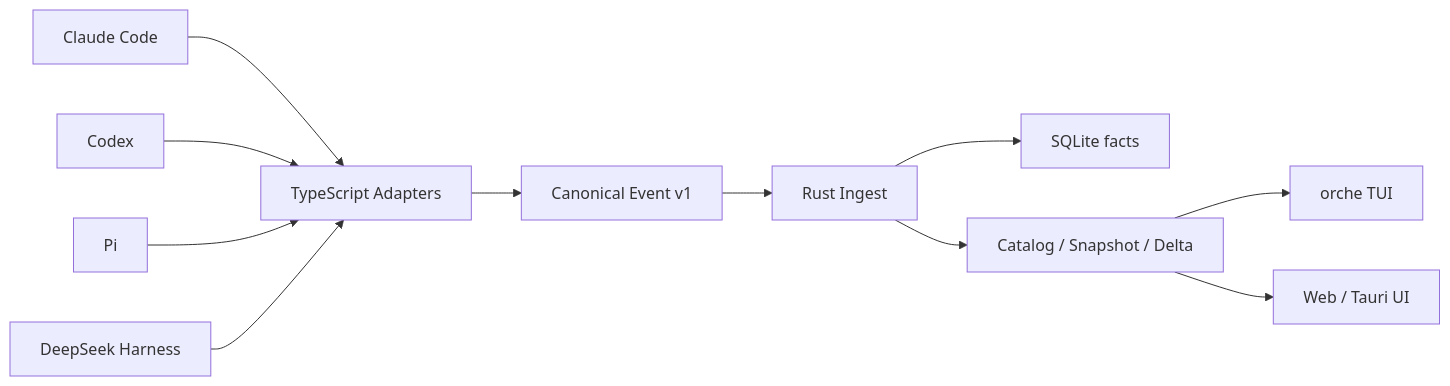
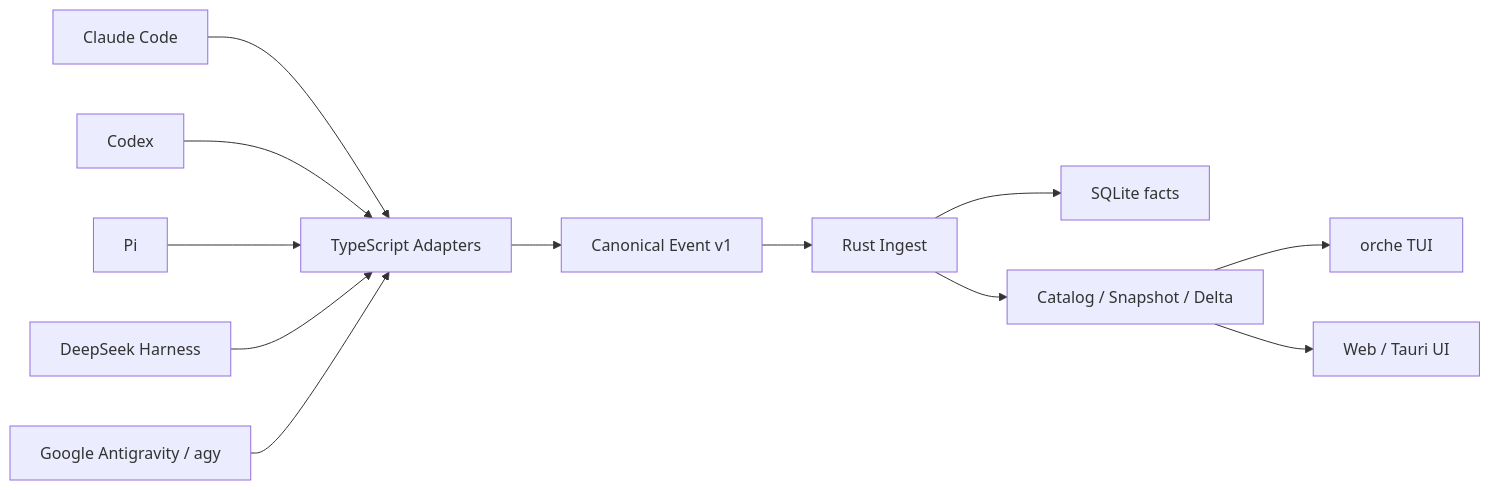
Before and after one commit to wang-zhengxin/orchetrace: the diagram in wiki/Home.md, drawn with Mermaid. The commit also changed other lines of this file and 53 other files, not shown here.

````diff
--- a/wiki/Home.md
+++ b/wiki/Home.md
@@ -52,13 +52,14 @@
 ```mermaid
 flowchart LR
     Claude["Claude Code"] --> Adapter["TypeScript Adapters"]
     Codex["Codex"] --> Adapter
     Pi["Pi"] --> Adapter
     Harness["DeepSeek Harness"] --> Adapter
+    Antigravity["Google Antigravity / agy"] --> Adapter
     Adapter --> Protocol["Canonical Event v1"]
     Protocol --> Ingest["Rust Ingest"]
     Ingest --> SQLite["SQLite facts"]
     Ingest --> Projection["Catalog / Snapshot / Delta"]
     Projection --> TUI["orche TUI"]
     Projection --> Web["Web / Tauri UI"]
 ```
````
